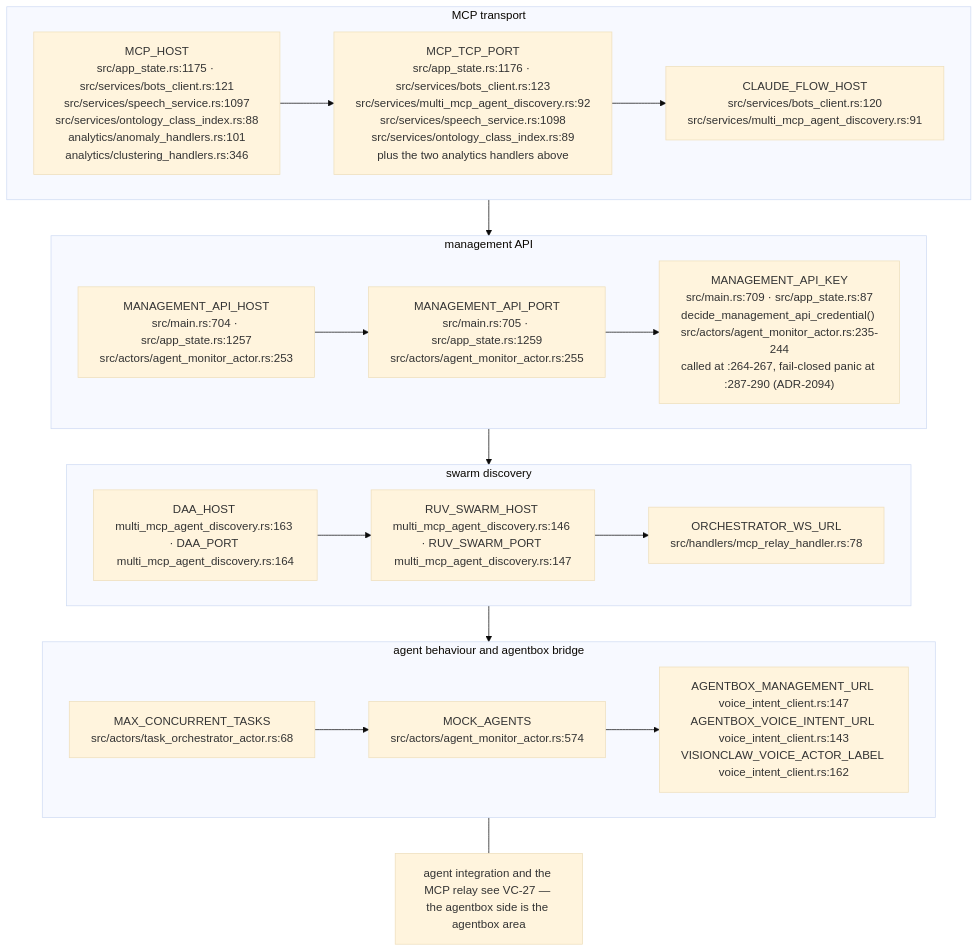
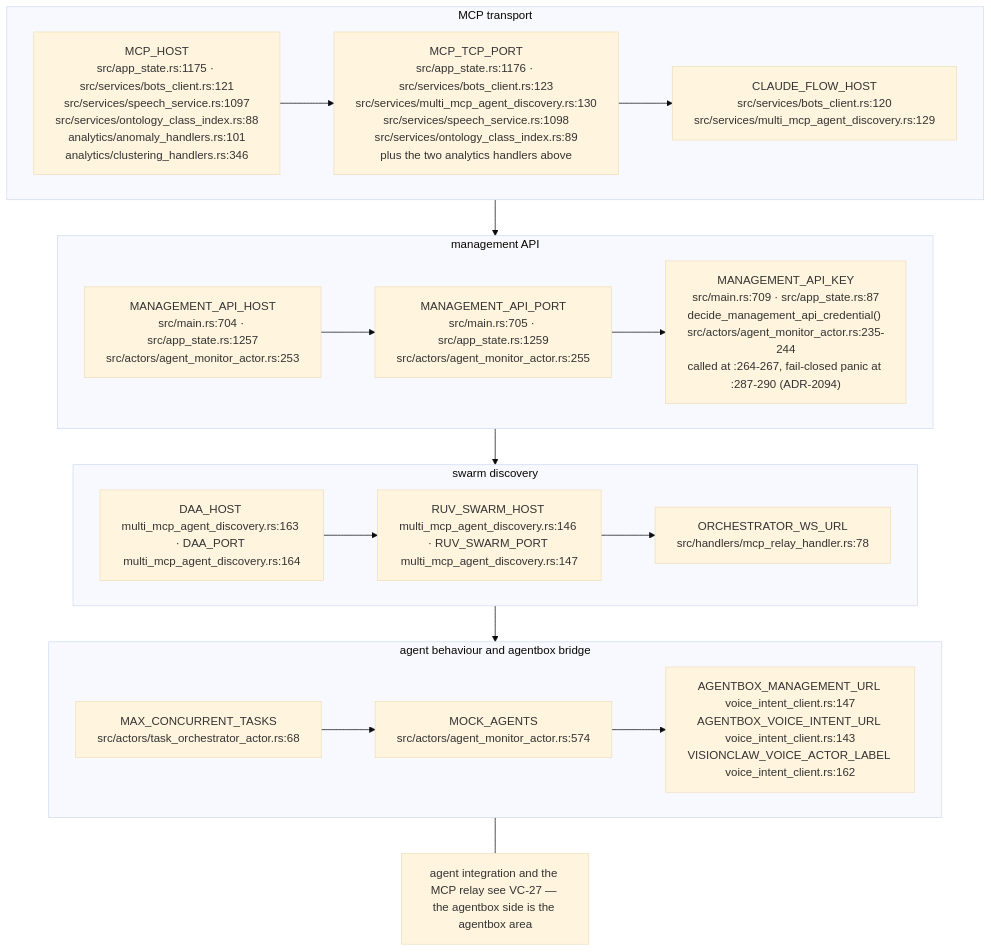
Before and after one commit to DreamLab-AI/VisionFlow: diagram 12 of 15 in docs/diagrams/visionclaw/09-config-and-env-flags.md, drawn with Mermaid (base theme). The commit also changed other lines of this file and 94 other files, not shown here.

First line of the commit message:
docs(diagrams): re-verify 130 topics against 2 October HEADs

````diff
--- a/docs/diagrams/visionclaw/09-config-and-env-flags.md
+++ b/docs/diagrams/visionclaw/09-config-and-env-flags.md
@@ -470,18 +470,18 @@
 ```mermaid
 flowchart TB
     subgraph MCP["MCP transport"]
-        M1["MCP_HOST<br/>src/app_state.rs:1175 · src/services/bots_client.rs:121<br/>src/services/speech_service.rs:1097<br/>src/services/ontology_class_index.rs:88<br/>analytics/anomaly_handlers.rs:101<br/>analytics/clustering_handlers.rs:346"] --> M2["MCP_TCP_PORT<br/>src/app_state.rs:1176 · src/services/bots_client.rs:123<br/>src/services/multi_mcp_agent_discovery.rs:92<br/>src/services/speech_service.rs:1098<br/>src/services/ontology_class_index.rs:89<br/>plus the two analytics handlers above"] --> M3["CLAUDE_FLOW_HOST<br/>src/services/bots_client.rs:120<br/>src/services/multi_mcp_agent_discovery.rs:91"]
+        M1["MCP_HOST<br/>src/app_state.rs:1175 · src/services/bots_client.rs:121<br/>src/services/speech_service.rs:1097<br/>src/services/ontology_class_index.rs:88<br/>analytics/anomaly_handlers.rs:101<br/>analytics/clustering_handlers.rs:346"] --> M2["MCP_TCP_PORT<br/>src/app_state.rs:1176 · src/services/bots_client.rs:123<br/>src/services/multi_mcp_agent_discovery.rs:130<br/>src/services/speech_service.rs:1098<br/>src/services/ontology_class_index.rs:89<br/>plus the two analytics handlers above"] --> M3["CLAUDE_FLOW_HOST<br/>src/services/bots_client.rs:120<br/>src/services/multi_mcp_agent_discovery.rs:129"]
     end
     subgraph MGMT["management API"]
         G1["MANAGEMENT_API_HOST<br/>src/main.rs:704 · src/app_state.rs:1257<br/>src/actors/agent_monitor_actor.rs:253"] --> G2["MANAGEMENT_API_PORT<br/>src/main.rs:705 · src/app_state.rs:1259<br/>src/actors/agent_monitor_actor.rs:255"] --> G3["MANAGEMENT_API_KEY<br/>src/main.rs:709 · src/app_state.rs:87<br/>decide_management_api_credential() src/actors/agent_monitor_actor.rs:235-244<br/>called at :264-267, fail-closed panic at :287-290 (ADR-2094)"]
     end
     subgraph DISC["swarm discovery"]
         D1["DAA_HOST multi_mcp_agent_discovery.rs:163 · DAA_PORT multi_mcp_agent_discovery.rs:164"] --> D2["RUV_SWARM_HOST multi_mcp_agent_discovery.rs:146 · RUV_SWARM_PORT multi_mcp_agent_discovery.rs:147"] --> D3["ORCHESTRATOR_WS_URL<br/>src/handlers/mcp_relay_handler.rs:78"]
     end
     subgraph AGENTS["agent behaviour and agentbox bridge"]
         A1["MAX_CONCURRENT_TASKS<br/>src/actors/task_orchestrator_actor.rs:68"] --> A2["MOCK_AGENTS<br/>src/actors/agent_monitor_actor.rs:574"] --> A3["AGENTBOX_MANAGEMENT_URL voice_intent_client.rs:147<br/>AGENTBOX_VOICE_INTENT_URL voice_intent_client.rs:143<br/>VISIONCLAW_VOICE_ACTOR_LABEL voice_intent_client.rs:162"]
     end
     MCP --> MGMT --> DISC --> AGENTS
     N["agent integration and the MCP relay see VC-27 — the agentbox side is the agentbox area"]
     AGENTS --- N
 ```
````
